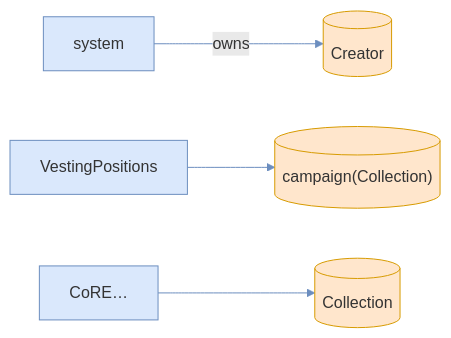
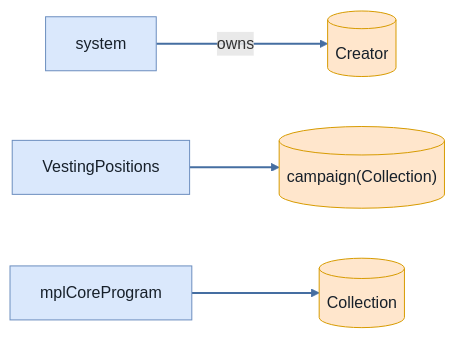
One commit to cds-turbin3/vesting-position changed the ninth of 12 diagrams in babelfish-tests/test-report/collection_freeze_does_not_block_existing_transferable_positions.md. Above: the diagram before and after it, drawn with Mermaid. The commit also changed other lines of this file and 106 other files, not shown here.

````diff
--- a/babelfish-tests/test-report/collection_freeze_does_not_block_existing_transferable_positions.md
+++ b/babelfish-tests/test-report/collection_freeze_does_not_block_existing_transferable_positions.md
@@ -418,16 +416,16 @@
 ```mermaid
 flowchart LR
     system["system"]:::program
     Creator[("Creator")]:::state
     VestingPositions["VestingPositions"]:::program
     campaignCollection[("campaign(Collection)")]:::state
-    CoRE["CoRE…"]:::program
+    mplCoreProgram["mplCoreProgram"]:::program
     Collection[("Collection")]:::state
     system -->|owns| Creator
     VestingPositions --> campaignCollection
-    CoRE --> Collection
-    classDef program fill:#dae8fc,stroke:#6c8ebf;
-    classDef signer fill:#d5e8d4,stroke:#82b366;
-    classDef state fill:#ffe6cc,stroke:#d79b00;
-    linkStyle 0,1,2 stroke:#6c8ebf
+    mplCoreProgram --> Collection
+    classDef program fill:#dae8fc,stroke:#6c8ebf,color:#17202a;
+    classDef signer fill:#d5e8d4,stroke:#82b366,color:#17202a;
+    classDef state fill:#ffe6cc,stroke:#d79b00,color:#17202a;
+    linkStyle 0,1,2 stroke:#456ea1,stroke-width:2px
 ```
````
